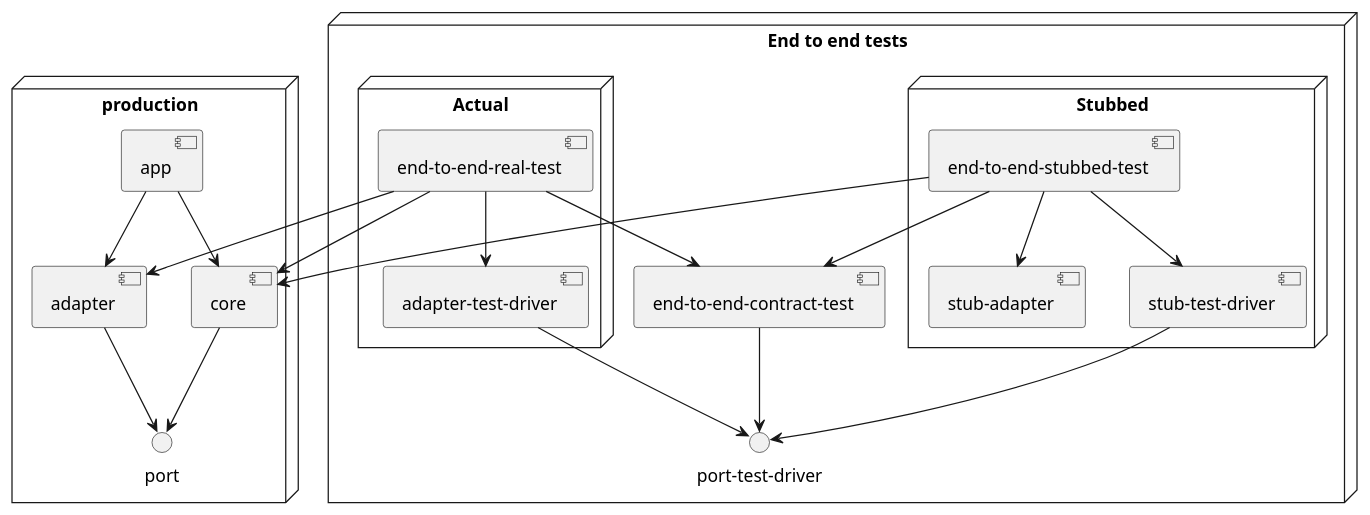
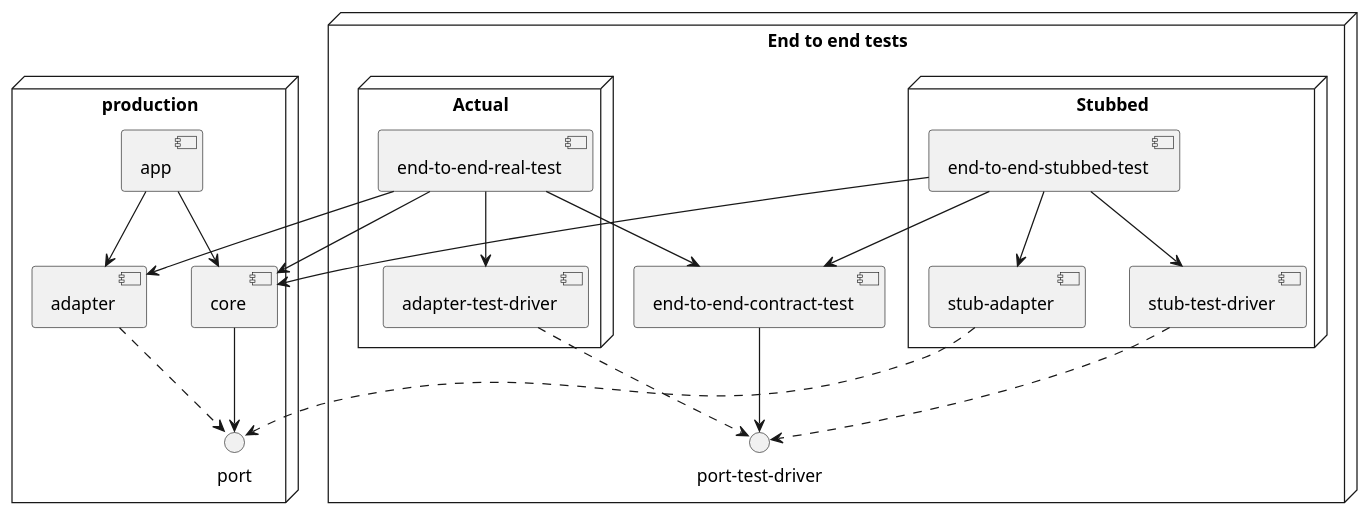
One commit to Mahoney-playground/goos changed the second of 2 diagrams in README.md. Above: the diagram before and after it, drawn with PlantUML.

Commit message:
Improved diagrams

````diff
--- a/README.md
+++ b/README.md
@@ -178,48 +178,49 @@
 ```plantuml
 @startuml
 
 node production { 
     component app
     component core
     component adapter
     interface port
 }
 
 node "End to end tests" {
 
     interface "port-test-driver" as port_test_driver
     component "end-to-end-contract-test" as end_to_end_contract_test
     
     node "Stubbed" {
         component "end-to-end-stubbed-test" as end_to_end_stubbed_test
         component "stub-adapter" as stub_adapter
         component "stub-test-driver" as stub_test_driver
     }
     
     node Actual {
         component "end-to-end-real-test" as end_to_end_real_test
         component "adapter-test-driver" as adapter_test_driver
     }
 }
 
 app --> core
 app --> adapter
 core --> port
-adapter --> port
+adapter ..> port
 
-adapter_test_driver --> port_test_driver
+adapter_test_driver ..> port_test_driver
 end_to_end_contract_test --> port_test_driver
 
 end_to_end_real_test --> end_to_end_contract_test
 end_to_end_real_test --> core
 end_to_end_real_test --> adapter
 end_to_end_real_test --> adapter_test_driver
 
-stub_test_driver --> port_test_driver
+stub_test_driver ..> port_test_driver
 
+stub_adapter ..> port
 end_to_end_stubbed_test --> end_to_end_contract_test
 end_to_end_stubbed_test --> stub_test_driver
 end_to_end_stubbed_test --> core
 end_to_end_stubbed_test --> stub_adapter
 @enduml
 ```
````
